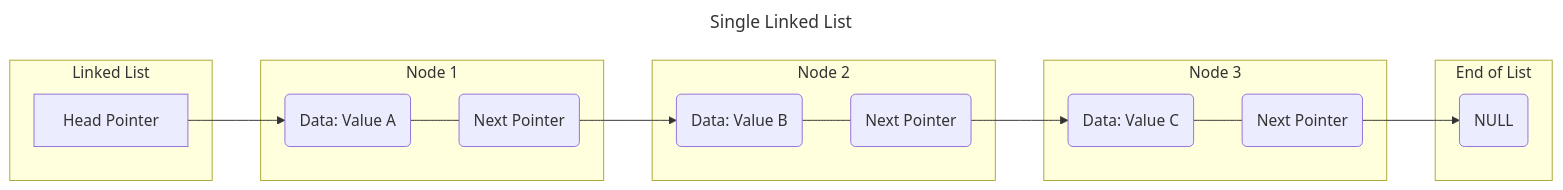
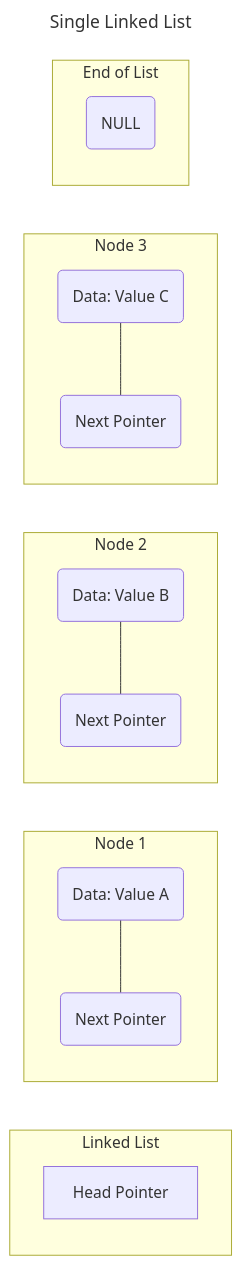
Before and after one commit to protectmango/C_Basic_To_Advance: the diagram in Intro_To_C_Programming/LinkedList/README.md, drawn with Mermaid.

````diff
--- a/Intro_To_C_Programming/LinkedList/README.md
+++ b/Intro_To_C_Programming/LinkedList/README.md
@@ -3,36 +3,36 @@
 ```mermaid
 ---
 title : Single Linked List
 ---
 graph LR
     subgraph List_Start [Linked List]
         head_ptr["Head Pointer"]
     end
 
     subgraph Node_1 [Node 1]
         node1_data("Data: Value A")
         node1_next("Next Pointer")
         node1_data --- node1_next
     end
 
     subgraph Node_2 [Node 2]
         node2_data("Data: Value B")
         node2_next("Next Pointer")
         node2_data --- node2_next
     end
 
     subgraph Node_3 [Node 3]
         node3_data("Data: Value C")
         node3_next("Next Pointer")
         node3_data --- node3_next
     end
 
     subgraph List_End [End of List]
         null_ptr("NULL")
     end
 
-    head_ptr --> node1_data
-    node1_next --> node2_data
-    node2_next --> node3_data
-    node3_next --> null_ptr
+    %% head_ptr --> node1_data
+    %% node1_next --> node2_data
+    %% node2_next --> node3_data
+    %% node3_next --> null_ptr
 ```
````
